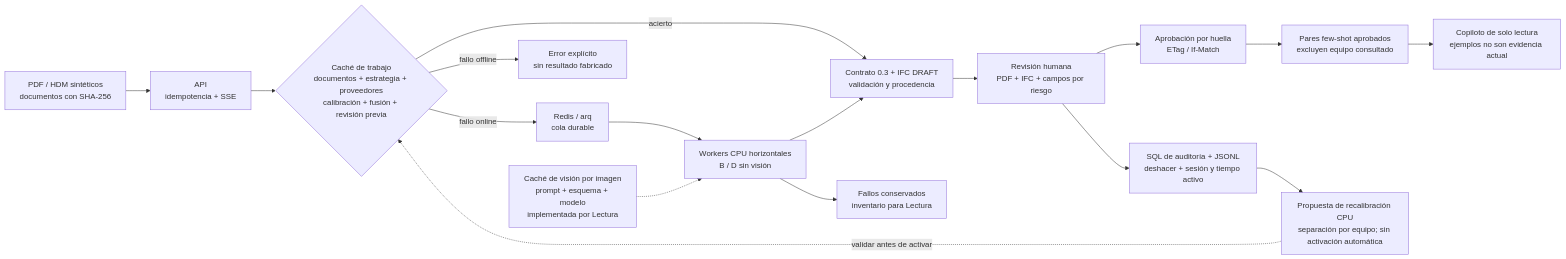
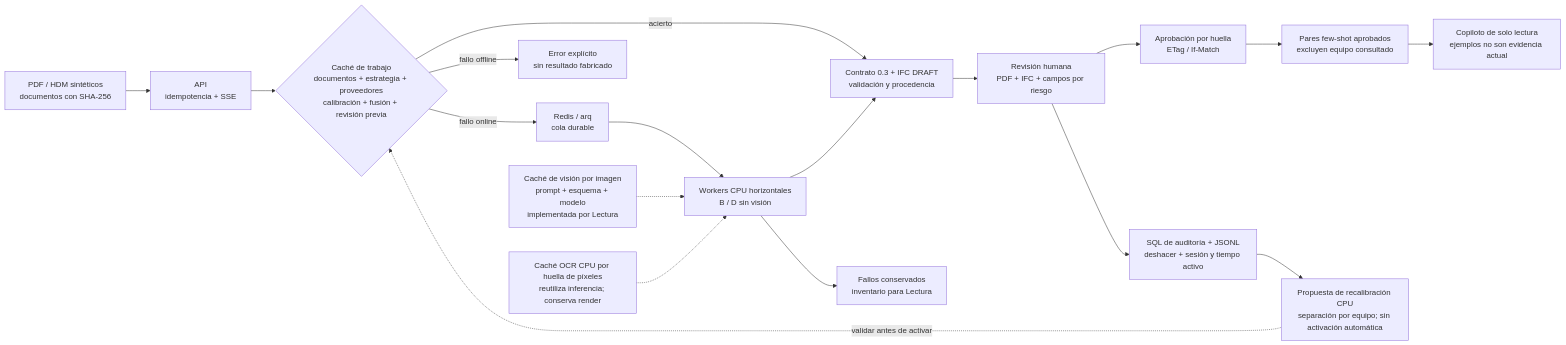
The diagram in docs/PITCH_ESCALA.md (javiersaguar/TrazIA-3D), drawn with Mermaid before and after one commit. The commit also changed other lines of this file and 18 other files, not shown here.

````diff
--- a/docs/PITCH_ESCALA.md
+++ b/docs/PITCH_ESCALA.md
@@ -19,19 +20,20 @@
 ```mermaid
 flowchart LR
     D["PDF / HDM sintéticos<br/>documentos con SHA-256"] --> A["API<br/>idempotencia + SSE"]
     A --> C{"Caché de trabajo<br/>documentos + estrategia + proveedores<br/>calibración + fusión + revisión previa"}
     C -->|acierto| M["Contrato 0.3 + IFC DRAFT<br/>validación y procedencia"]
     C -->|fallo online| Q["Redis / arq<br/>cola durable"]
     C -->|fallo offline| E["Error explícito<br/>sin resultado fabricado"]
     Q --> W["Workers CPU horizontales<br/>B / D sin visión"]
     W --> M
     W --> F["Fallos conservados<br/>inventario para Lectura"]
     M --> R["Revisión humana<br/>PDF + IFC + campos por riesgo"]
     R --> P["Aprobación por huella<br/>ETag / If-Match"]
     R --> L["SQL de auditoría + JSONL<br/>deshacer + sesión y tiempo activo"]
     P --> X["Pares few-shot aprobados<br/>excluyen equipo consultado"]
     L --> K["Propuesta de recalibración CPU<br/>separación por equipo; sin activación automática"]
     X --> O["Copiloto de solo lectura<br/>ejemplos no son evidencia actual"]
     K -.->|validar antes de activar| C
     V["Caché de visión por imagen<br/>prompt + esquema + modelo<br/>implementada por Lectura"] -.-> W
+    PC["Caché OCR CPU por huella de píxeles<br/>reutiliza inferencia; conserva render"] -.-> W
 ```
````
